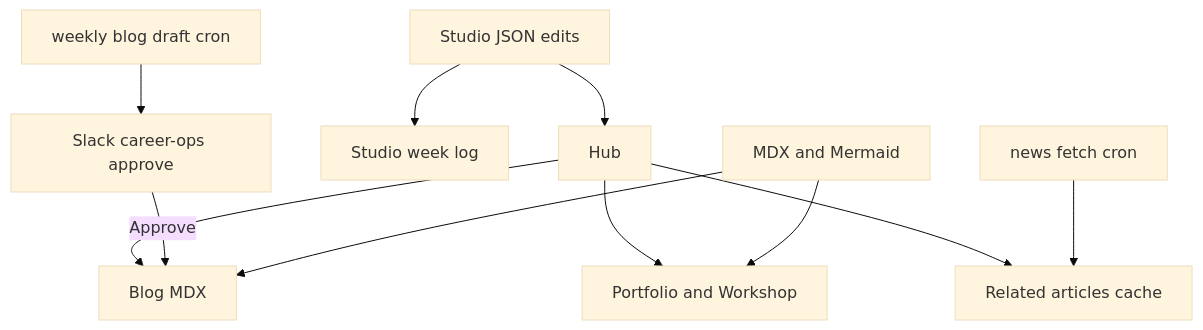
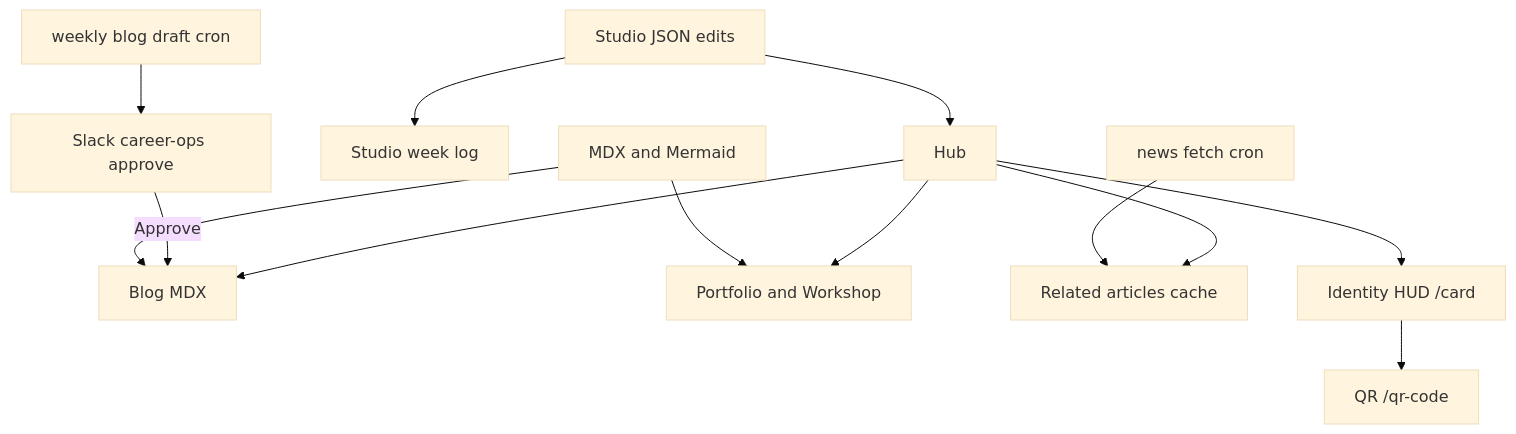
Before and after one commit to AlexTouvras/Orbit: the diagram in docs/architecture/system-overview.md, drawn with Mermaid (base theme). The commit also changed 18 other files, not shown here.

Commit message:
Add a public identity HUD and on-screen QR so IRL scans skip site chrome.

````diff
--- a/docs/architecture/system-overview.md
+++ b/docs/architecture/system-overview.md
@@ -3,13 +3,15 @@
 ```mermaid
 flowchart TB
   Hub[Hub] --> Blog[Blog MDX]
   Hub --> Portfolio[Portfolio and Workshop]
   Hub --> Feed[Related articles cache]
+  Hub --> Card[Identity HUD /card]
+  Card --> QrPage[QR /qr-code]
   Studio[Studio JSON edits] --> Hub
   Studio --> WeekLog[Studio week log]
   Cron[news fetch cron] --> Feed
   Weekly[weekly blog draft cron] --> Slack[Slack career-ops approve]
   Slack -->|Approve| Blog
   MDX[MDX and Mermaid] --> Blog
   MDX --> Portfolio
 ```
````
